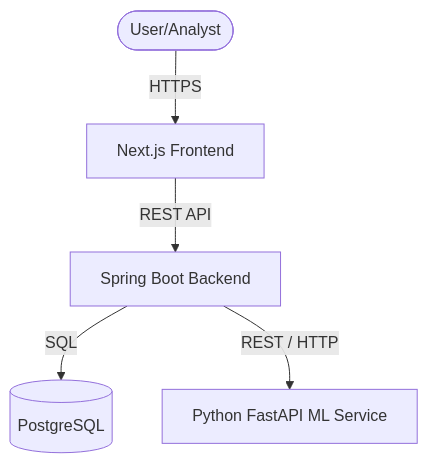
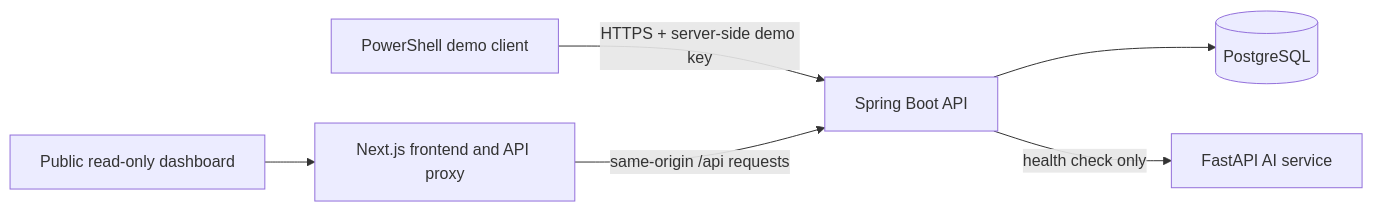
One commit to ChandanLabs/sentinelai-security-platform changed the diagram in 02_ARCHITECTURE.md. Above: the diagram before and after it, drawn with Mermaid. The commit also changed other lines of this file and 55 other files, not shown here.

````diff
--- a/02_ARCHITECTURE.md
+++ b/02_ARCHITECTURE.md
@@ -7,8 +5,8 @@
 ```mermaid
-flowchart TD
-    User([User/Analyst]) --> |HTTPS| Frontend[Next.js Frontend]
-    Frontend --> |REST API| Backend[Spring Boot Backend]
-    
-    Backend --> |SQL| DB[(PostgreSQL)]
-    Backend --> |REST / HTTP| AIService[Python FastAPI ML Service]
+flowchart LR
+    Writer[PowerShell demo client] -->|HTTPS + server-side demo key| API[Spring Boot API]
+    Browser[Public read-only dashboard] --> Frontend[Next.js frontend and API proxy]
+    Frontend -->|same-origin /api requests| API
+    API --> DB[(PostgreSQL)]
+    API -->|health check only| AI[FastAPI AI service]
 ```
````
